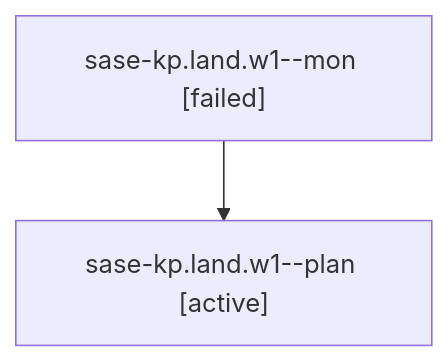
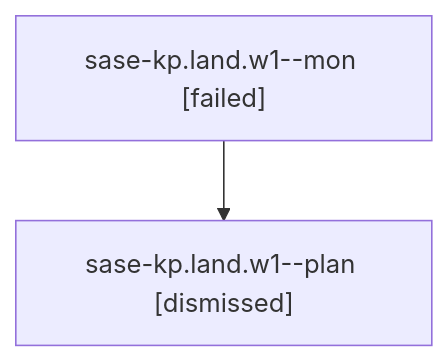
Before and after one commit to sase-org/sase--agents: the diagram in sessions/bbugyi200.athena.sase-kp.land.w1.md, drawn with Mermaid. The commit also changed other lines of this file and 142 other files, not shown here.

````diff
--- a/sessions/bbugyi200.athena.sase-kp.land.w1.md
+++ b/sessions/bbugyi200.athena.sase-kp.land.w1.md
@@ -9,6 +9,6 @@
 ```mermaid
 flowchart TD
   n0["sase-kp.land.w1--mon [failed]"]
-  n1["sase-kp.land.w1--plan [active]"]
+  n1["sase-kp.land.w1--plan [dismissed]"]
   n0 --> n1
 ```
````
